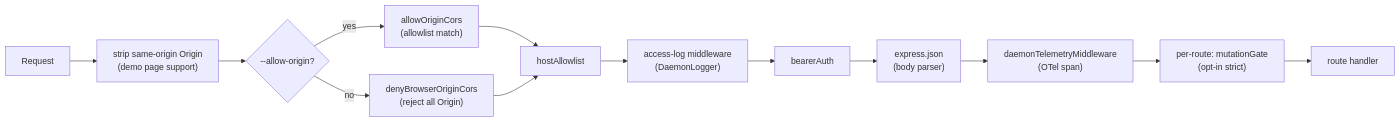
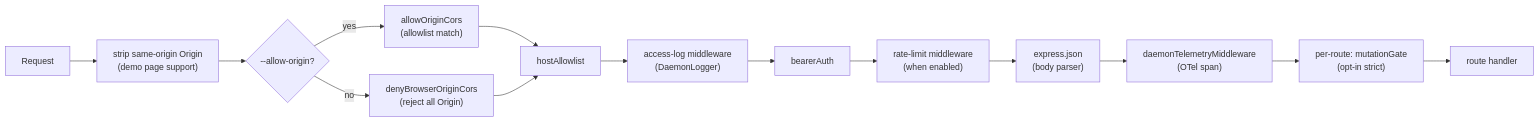
Before and after one commit to QwenLM/qwen-code: the first of 4 diagrams in docs/developers/daemon/12-auth-security.md, drawn with Mermaid. The commit also changed other lines of this file and 7 other files, not shown here.

````diff
--- a/docs/developers/daemon/12-auth-security.md
+++ b/docs/developers/daemon/12-auth-security.md
@@ -55,15 +55,16 @@
 ```mermaid
 flowchart LR
     REQ[Request] --> SO["strip same-origin Origin<br/>(demo page support)"]
     SO --> CORS{"--allow-origin?"}
     CORS -->|yes| AO["allowOriginCors<br/>(allowlist match)"]
     CORS -->|no| DC["denyBrowserOriginCors<br/>(reject all Origin)"]
     AO --> HA["hostAllowlist"]
     DC --> HA
     HA --> LOG["access-log middleware<br/>(DaemonLogger)"]
     LOG --> BA["bearerAuth"]
-    BA --> JSON["express.json<br/>(body parser)"]
+    BA --> RL["rate-limit middleware<br/>(when enabled)"]
+    RL --> JSON["express.json<br/>(body parser)"]
     JSON --> TEL["daemonTelemetryMiddleware<br/>(OTel span)"]
     TEL --> MG["per-route: mutationGate<br/>(opt-in strict)"]
     MG --> HANDLER["route handler"]
 ```
````
